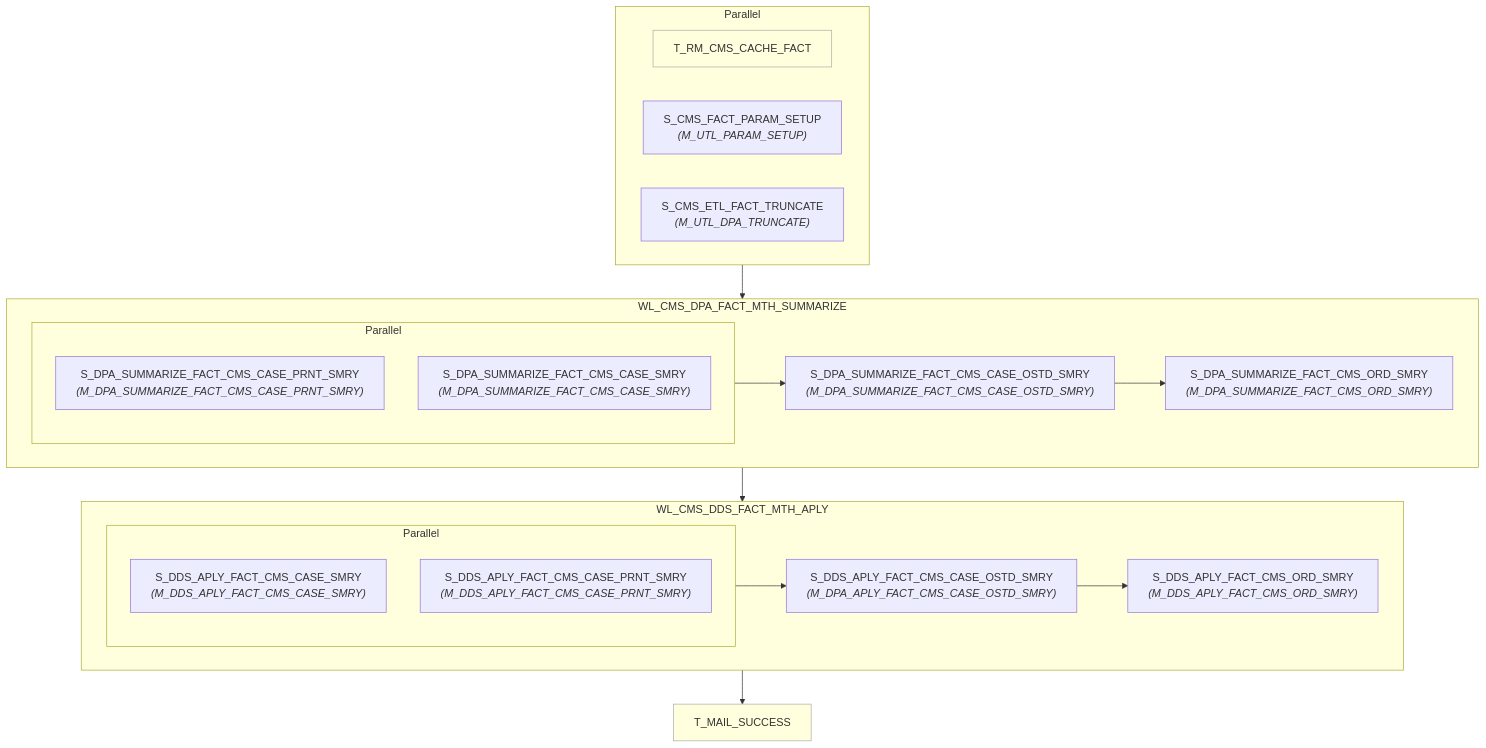
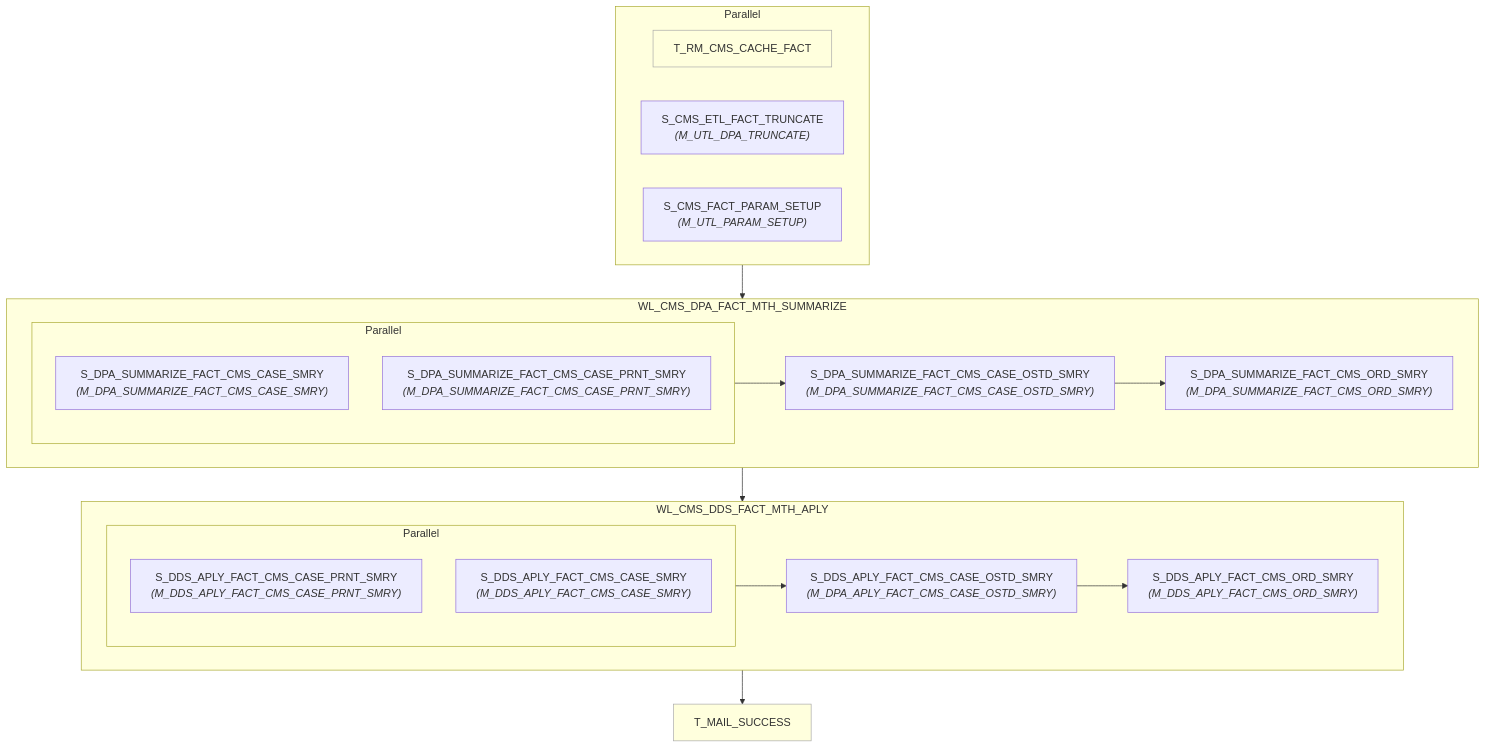
The diagram in informatica/PowerCenter_workflows/dds/WF_CMS_DDS_APLY_MTH_SPARK/wf_cms_dds_aply_mth.md (asl-adamxu/informatica-sparker-poc), drawn with Mermaid before and after one commit. The commit also changed 5 other files, not shown here.

````diff
--- a/informatica/PowerCenter_workflows/dds/WF_CMS_DDS_APLY_MTH_SPARK/wf_cms_dds_aply_mth.md
+++ b/informatica/PowerCenter_workflows/dds/WF_CMS_DDS_APLY_MTH_SPARK/wf_cms_dds_aply_mth.md
@@ -7,41 +7,41 @@
 ```mermaid
 flowchart TD
     n1["T_RM_CMS_CACHE_FACT"]
     style n1 fill:#ffd,stroke:#aaa,stroke-width:1px
-    n2["S_CMS_FACT_PARAM_SETUP<br/><i>(M_UTL_PARAM_SETUP)</i>"]
-    n3["S_CMS_ETL_FACT_TRUNCATE<br/><i>(M_UTL_DPA_TRUNCATE)</i>"]
+    n2["S_CMS_ETL_FACT_TRUNCATE<br/><i>(M_UTL_DPA_TRUNCATE)</i>"]
+    n3["S_CMS_FACT_PARAM_SETUP<br/><i>(M_UTL_PARAM_SETUP)</i>"]
     subgraph pg4[Parallel]
         n1
         n2
         n3
     end
     subgraph wkl5["WL_CMS_DPA_FACT_MTH_SUMMARIZE"]
-    n6["S_DPA_SUMMARIZE_FACT_CMS_CASE_PRNT_SMRY<br/><i>(M_DPA_SUMMARIZE_FACT_CMS_CASE_PRNT_SMRY)</i>"]
-    n7["S_DPA_SUMMARIZE_FACT_CMS_CASE_SMRY<br/><i>(M_DPA_SUMMARIZE_FACT_CMS_CASE_SMRY)</i>"]
+    n6["S_DPA_SUMMARIZE_FACT_CMS_CASE_SMRY<br/><i>(M_DPA_SUMMARIZE_FACT_CMS_CASE_SMRY)</i>"]
+    n7["S_DPA_SUMMARIZE_FACT_CMS_CASE_PRNT_SMRY<br/><i>(M_DPA_SUMMARIZE_FACT_CMS_CASE_PRNT_SMRY)</i>"]
     subgraph pg8[Parallel]
         n6
         n7
     end
     n9["S_DPA_SUMMARIZE_FACT_CMS_CASE_OSTD_SMRY<br/><i>(M_DPA_SUMMARIZE_FACT_CMS_CASE_OSTD_SMRY)</i>"]
     n10["S_DPA_SUMMARIZE_FACT_CMS_ORD_SMRY<br/><i>(M_DPA_SUMMARIZE_FACT_CMS_ORD_SMRY)</i>"]
         pg8 --> n9
         n9 --> n10
     end
     subgraph wkl11["WL_CMS_DDS_FACT_MTH_APLY"]
-    n12["S_DDS_APLY_FACT_CMS_CASE_SMRY<br/><i>(M_DDS_APLY_FACT_CMS_CASE_SMRY)</i>"]
-    n13["S_DDS_APLY_FACT_CMS_CASE_PRNT_SMRY<br/><i>(M_DDS_APLY_FACT_CMS_CASE_PRNT_SMRY)</i>"]
+    n12["S_DDS_APLY_FACT_CMS_CASE_PRNT_SMRY<br/><i>(M_DDS_APLY_FACT_CMS_CASE_PRNT_SMRY)</i>"]
+    n13["S_DDS_APLY_FACT_CMS_CASE_SMRY<br/><i>(M_DDS_APLY_FACT_CMS_CASE_SMRY)</i>"]
     subgraph pg14[Parallel]
         n12
         n13
     end
     n15["S_DDS_APLY_FACT_CMS_CASE_OSTD_SMRY<br/><i>(M_DPA_APLY_FACT_CMS_CASE_OSTD_SMRY)</i>"]
     n16["S_DDS_APLY_FACT_CMS_ORD_SMRY<br/><i>(M_DDS_APLY_FACT_CMS_ORD_SMRY)</i>"]
         pg14 --> n15
         n15 --> n16
     end
     n17["T_MAIL_SUCCESS"]
     style n17 fill:#ffd,stroke:#aaa,stroke-width:1px
     pg4 --> wkl5
     wkl5 --> wkl11
     wkl11 --> n17
 ```
````
